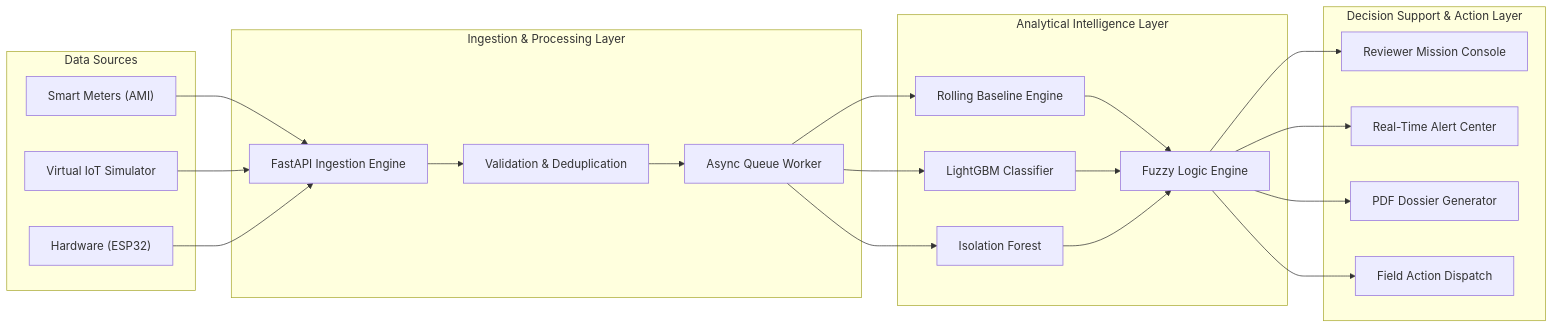
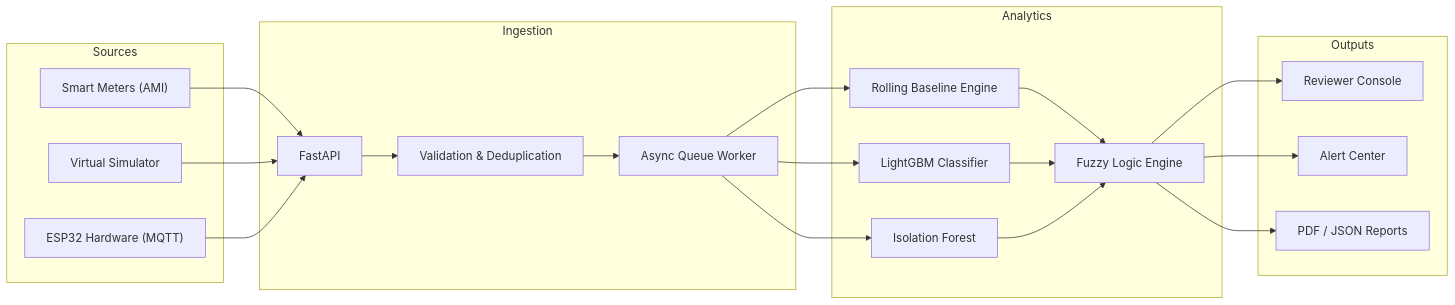
The diagram in README.md (Puneethteja/TraceWatt), drawn with Mermaid before and after one commit. The commit also changed other lines of this file, not shown here.

````diff
--- a/README.md
+++ b/README.md
@@ -145,36 +86,35 @@
 ```mermaid
 flowchart LR
-    subgraph Data Sources
+    subgraph Sources
         S1["Smart Meters (AMI)"]
-        S2["Virtual IoT Simulator"]
-        S3["Hardware (ESP32)"]
+        S2["Virtual Simulator"]
+        S3["ESP32 Hardware (MQTT)"]
     end
 
-    subgraph Ingestion & Processing Layer
-        P1["FastAPI Ingestion Engine"]
+    subgraph Ingestion
+        P1["FastAPI"]
         P2["Validation & Deduplication"]
         P3["Async Queue Worker"]
     end
 
-    subgraph Analytical Intelligence Layer
+    subgraph Analytics
         M1["Rolling Baseline Engine"]
         M2["LightGBM Classifier"]
         M3["Isolation Forest"]
         M4["Fuzzy Logic Engine"]
     end
 
-    subgraph Decision Support & Action Layer
-        D1["Reviewer Mission Console"]
-        D2["Real-Time Alert Center"]
-        D3["PDF Dossier Generator"]
-        D4["Field Action Dispatch"]
+    subgraph Outputs
+        D1["Reviewer Console"]
+        D2["Alert Center"]
+        D3["PDF / JSON Reports"]
     end
 
     S1 --> P1
     S2 --> P1
     S3 --> P1
     P1 --> P2 --> P3
     P3 --> M1 & M2 & M3
     M1 & M2 & M3 --> M4
-    M4 --> D1 & D2 & D3 & D4
+    M4 --> D1 & D2 & D3
 ```
````
